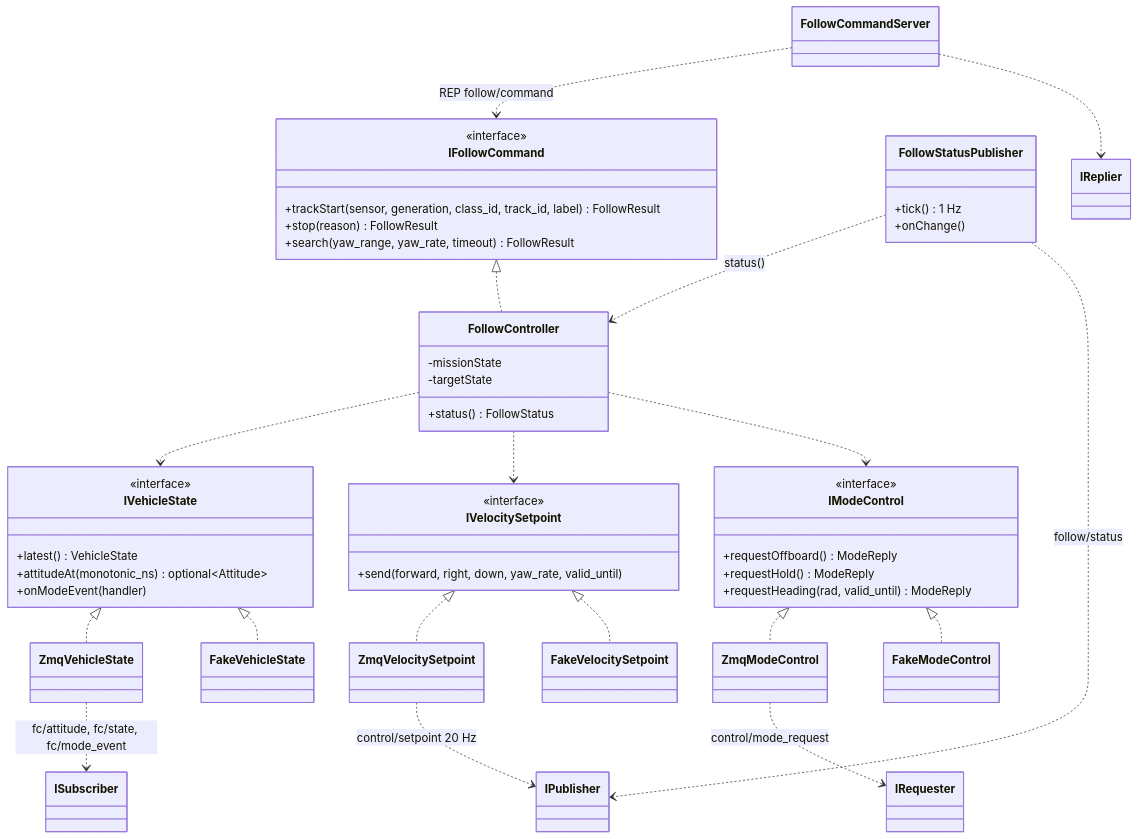
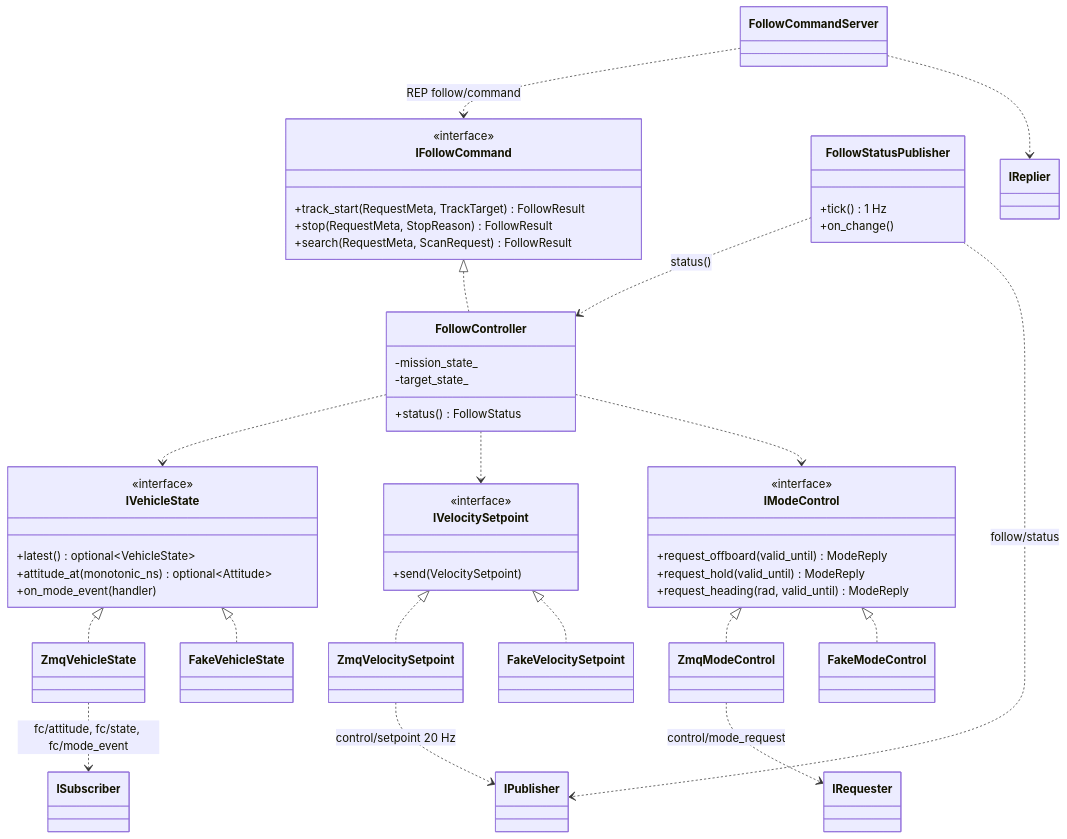
One commit to lig-argus/argus-edge-vision changed the diagram in docs/design/uml/class_follow.md. Above: the diagram before and after it, drawn with Mermaid. The commit also changed other lines of this file and 3 other files, not shown here.

First line of the commit message:
docs: UML C++ 메서드 이름을 snake_case 로, vehicle_api 값 타입 반영

````diff
--- a/docs/design/uml/class_follow.md
+++ b/docs/design/uml/class_follow.md
@@ -9,59 +9,59 @@
 ```mermaid
 classDiagram
     class IVehicleState {
         <<interface>>
-        +latest() VehicleState
-        +attitudeAt(monotonic_ns) optional~Attitude~
-        +onModeEvent(handler)
+        +latest() optional~VehicleState~
+        +attitude_at(monotonic_ns) optional~Attitude~
+        +on_mode_event(handler)
     }
     class IVelocitySetpoint {
         <<interface>>
-        +send(forward, right, down, yaw_rate, valid_until)
+        +send(VelocitySetpoint)
     }
     class IModeControl {
         <<interface>>
-        +requestOffboard() ModeReply
-        +requestHold() ModeReply
-        +requestHeading(rad, valid_until) ModeReply
+        +request_offboard(valid_until) ModeReply
+        +request_hold(valid_until) ModeReply
+        +request_heading(rad, valid_until) ModeReply
     }
     class IFollowCommand {
         <<interface>>
-        +trackStart(sensor, generation, class_id, track_id, label) FollowResult
-        +stop(reason) FollowResult
-        +search(yaw_range, yaw_rate, timeout) FollowResult
+        +track_start(RequestMeta, TrackTarget) FollowResult
+        +stop(RequestMeta, StopReason) FollowResult
+        +search(RequestMeta, ScanRequest) FollowResult
     }
     class FollowController {
-        -missionState
-        -targetState
+        -mission_state_
+        -target_state_
         +status() FollowStatus
     }
     class ZmqVehicleState
     class ZmqVelocitySetpoint
     class ZmqModeControl
     class FollowCommandServer
     class FollowStatusPublisher {
         +tick() 1 Hz
-        +onChange()
+        +on_change()
     }
     class FakeVehicleState
     class FakeVelocitySetpoint
     class FakeModeControl
 
     IVehicleState <|.. ZmqVehicleState
     IVehicleState <|.. FakeVehicleState
     IVelocitySetpoint <|.. ZmqVelocitySetpoint
     IVelocitySetpoint <|.. FakeVelocitySetpoint
     IModeControl <|.. ZmqModeControl
     IModeControl <|.. FakeModeControl
     IFollowCommand <|.. FollowController
     FollowController ..> IVehicleState
     FollowController ..> IVelocitySetpoint
     FollowController ..> IModeControl
     FollowCommandServer ..> IFollowCommand : REP follow/command
     FollowStatusPublisher ..> FollowController : status()
     ZmqVehicleState ..> ISubscriber : fc/attitude, fc/state, fc/mode_event
     ZmqVelocitySetpoint ..> IPublisher : control/setpoint 20 Hz
     ZmqModeControl ..> IRequester : control/mode_request
     FollowCommandServer ..> IReplier
     FollowStatusPublisher ..> IPublisher : follow/status
 ```
````
